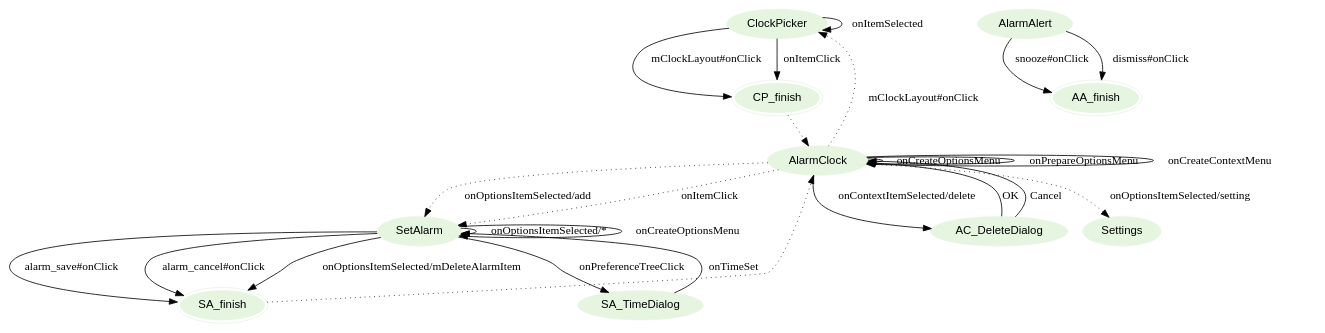
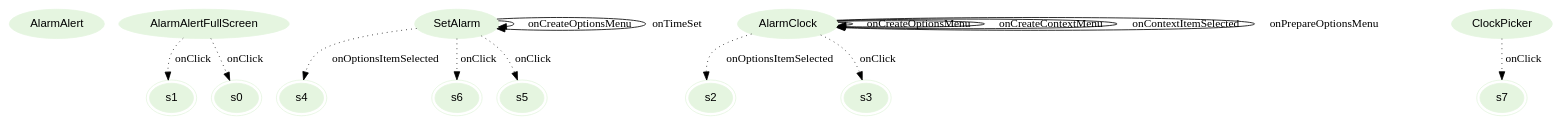
One commit to hans89/astparser changed the diagram in graphviz/AlarmClock.gv. Above: the diagram before and after it, drawn with Graphviz. The commit also changed 35 other files, not shown here.

Commit message:
Working on binding events. Added current parse result of LTS in form of graphviz

```diff
--- a/graphviz/AlarmClock.gv
+++ b/graphviz/AlarmClock.gv
@@ -1,55 +1,31 @@
 digraph {
 fontname="Helvetica";
-rank=LR;
 node[style=filled, fontname="Helvetica", colorscheme=greens3, color=1];
+AlarmAlert;
+s1[peripheries=2];
+s4[peripheries=2];
+AlarmAlertFullScreen;
+s0[peripheries=2];
+s2[peripheries=2];
+s3[peripheries=2];
+AlarmClock;
+s7[peripheries=2];
+SetAlarm;
+s6[peripheries=2];
+s5[peripheries=2];
 ClockPicker;
-CP_finish[peripheries=2];
-ClockPicker -> ClockPicker[label="onItemSelected"];
-ClockPicker -> CP_finish[label="onItemClick"];
-ClockPicker -> CP_finish[label="mClockLayout#onClick"];
-CP_finish -> AlarmClock[style=dotted];
-
-AlarmAlert;
-AA_finish[peripheries=2];
-AlarmAlert -> AA_finish[label="snooze#onClick"];
-AlarmAlert -> AA_finish[label="dismiss#onClick"];
-
-SetAlarm;
-SA_finish[peripheries=2];
-SA_TimeDialog;
-SetAlarm -> SetAlarm[label="onOptionsItemSelected/*"];
+SetAlarm -> s4[label="onOptionsItemSelected",style=dotted];
+SetAlarm -> s6[label="onClick",style=dotted];
+SetAlarm -> s5[label="onClick",style=dotted];
+AlarmAlertFullScreen -> s0[label="onClick",style=dotted];
+AlarmClock -> AlarmClock[label="onCreateOptionsMenu"];
+AlarmClock -> AlarmClock[label="onCreateContextMenu"];
+ClockPicker -> s7[label="onClick",style=dotted];
 SetAlarm -> SetAlarm[label="onCreateOptionsMenu"];
-SetAlarm -> SA_finish[label="alarm_save#onClick"];
-SetAlarm -> SA_finish[label="alarm_cancel#onClick"];
-SetAlarm -> SA_finish[label="onOptionsItemSelected/mDeleteAlarmItem"];
-SetAlarm -> SA_TimeDialog[label="onPreferenceTreeClick"];
-SA_TimeDialog -> SetAlarm[label="onTimeSet"];
-SA_finish -> AlarmClock[style=dotted];
-
-
-AlarmClock;
-AlarmClock -> SetAlarm[label="onItemClick",style=dotted];
-AlarmClock -> SetAlarm[label="onOptionsItemSelected/add",style=dotted];
-
-AlarmClock -> ClockPicker[label="mClockLayout#onClick",style=dotted];
-AlarmClock -> AlarmClock[label="onCreateOptionsMenu"];
+SetAlarm -> SetAlarm[label="onTimeSet"];
+AlarmAlertFullScreen -> s1[label="onClick",style=dotted];
+AlarmClock -> s2[label="onOptionsItemSelected",style=dotted];
+AlarmClock -> AlarmClock[label="onContextItemSelected"];
 AlarmClock -> AlarmClock[label="onPrepareOptionsMenu"];
-AlarmClock -> AlarmClock[label="onCreateContextMenu"];
-
-AC_DeleteDialog;
-AlarmClock -> AC_DeleteDialog[label="onContextItemSelected/delete"];
-AC_DeleteDialog -> AlarmClock[label="OK"];
-AC_DeleteDialog -> AlarmClock[label="Cancel"];
-
-
-
-
-
-
-Settings;
-AlarmClock -> Settings[label="onOptionsItemSelected/setting",style=dotted];
-
-
-
-
+AlarmClock -> s3[label="onClick",style=dotted];
 }
```
